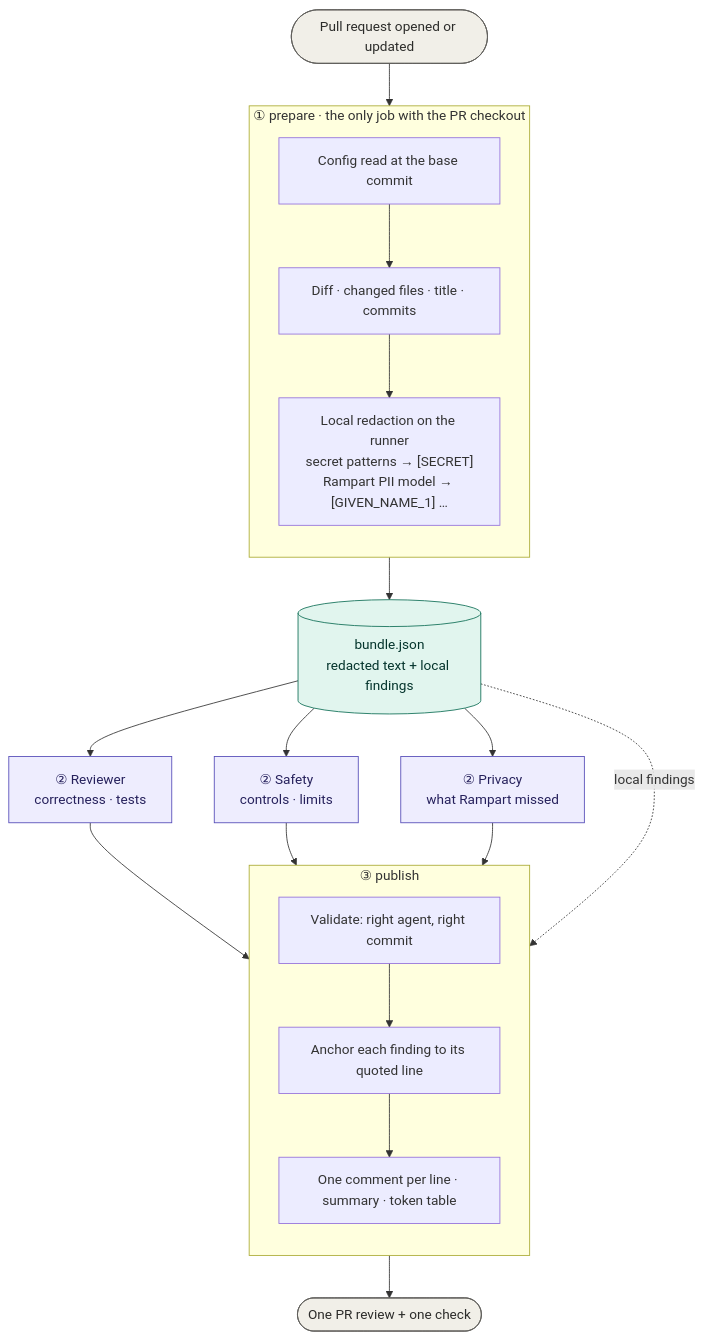
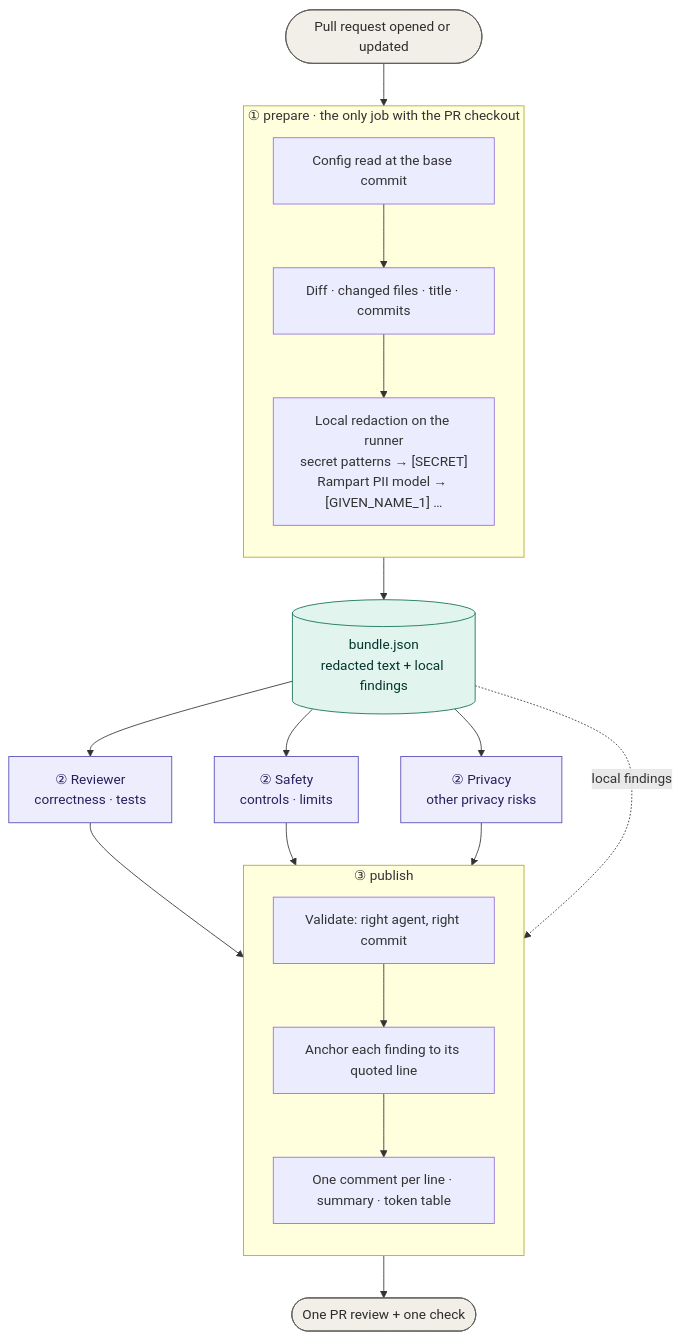
Before and after one commit to tanmayagrawal21/agent-review: the first of 3 diagrams in docs/ARCHITECTURE.md, drawn with Mermaid. The commit also changed other lines of this file and 9 other files, not shown here.

First line of the commit message:
Privacy: Rampart PII highlighted, never blocking; model covers other privacy risks (#6)

````diff
--- a/docs/ARCHITECTURE.md
+++ b/docs/ARCHITECTURE.md
@@ -18,36 +18,36 @@
 ```mermaid
 flowchart TD
     PR([Pull request opened or updated]) --> P
 
     subgraph P["① prepare · the only job with the PR checkout"]
         direction TB
         C[Config read at the base commit] --> D[Diff · changed files · title · commits]
         D --> R["Local redaction on the runner<br/>secret patterns → [SECRET]<br/>Rampart PII model → [GIVEN_NAME_1] …"]
     end
 
     R --> B[("bundle.json<br/>redacted text + local findings")]
 
     B --> RV["② Reviewer<br/>correctness · tests"]
     B --> SF["② Safety<br/>controls · limits"]
-    B --> PV["② Privacy<br/>what Rampart missed"]
+    B --> PV["② Privacy<br/>other privacy risks"]
 
     RV --> PB
     SF --> PB
     PV --> PB
     B -. local findings .-> PB
 
     subgraph PB["③ publish"]
         direction TB
         V[Validate: right agent, right commit] --> A[Anchor each finding to its quoted line]
         A --> G[One comment per line · summary · token table]
     end
 
     G --> OUT([One PR review + one check])
 
     classDef job fill:#EEEDFE,stroke:#534AB7,color:#26215C
     classDef data fill:#E1F5EE,stroke:#0F6E56,color:#04342C
     classDef edge fill:#F1EFE8,stroke:#5F5E5A,color:#2C2C2A
     class RV,SF,PV job
     class B data
     class PR,OUT edge
 ```
````
